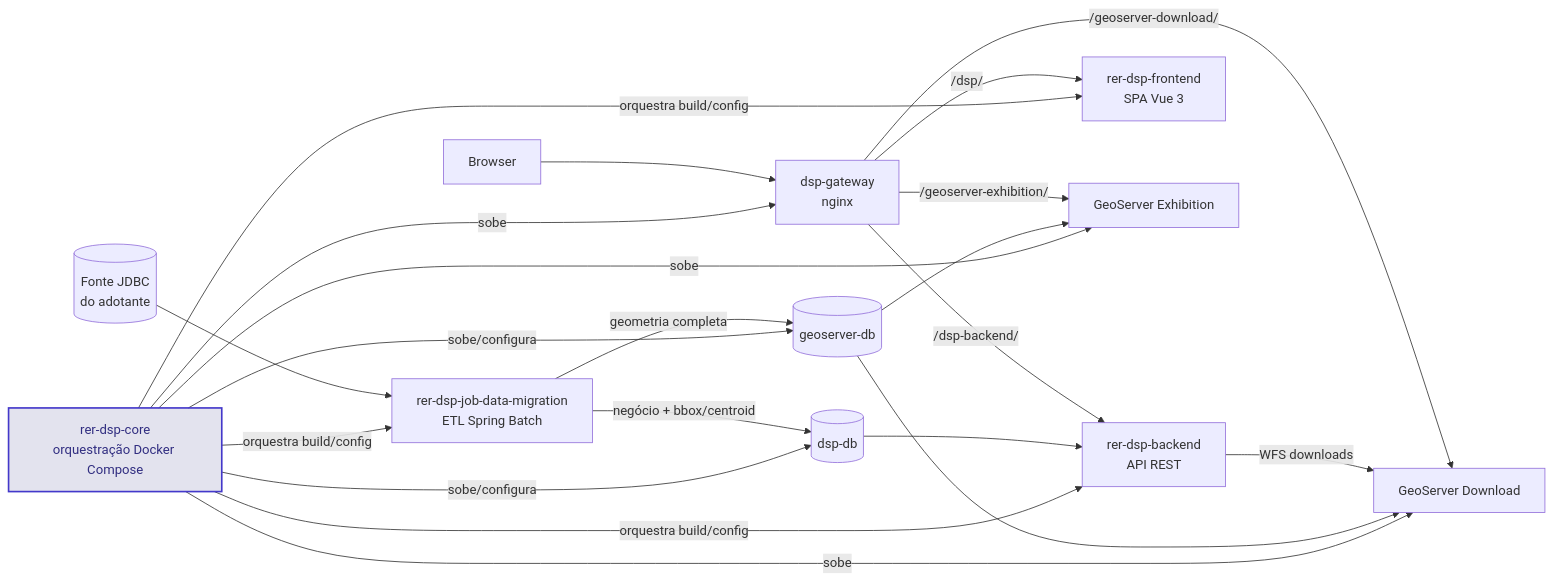
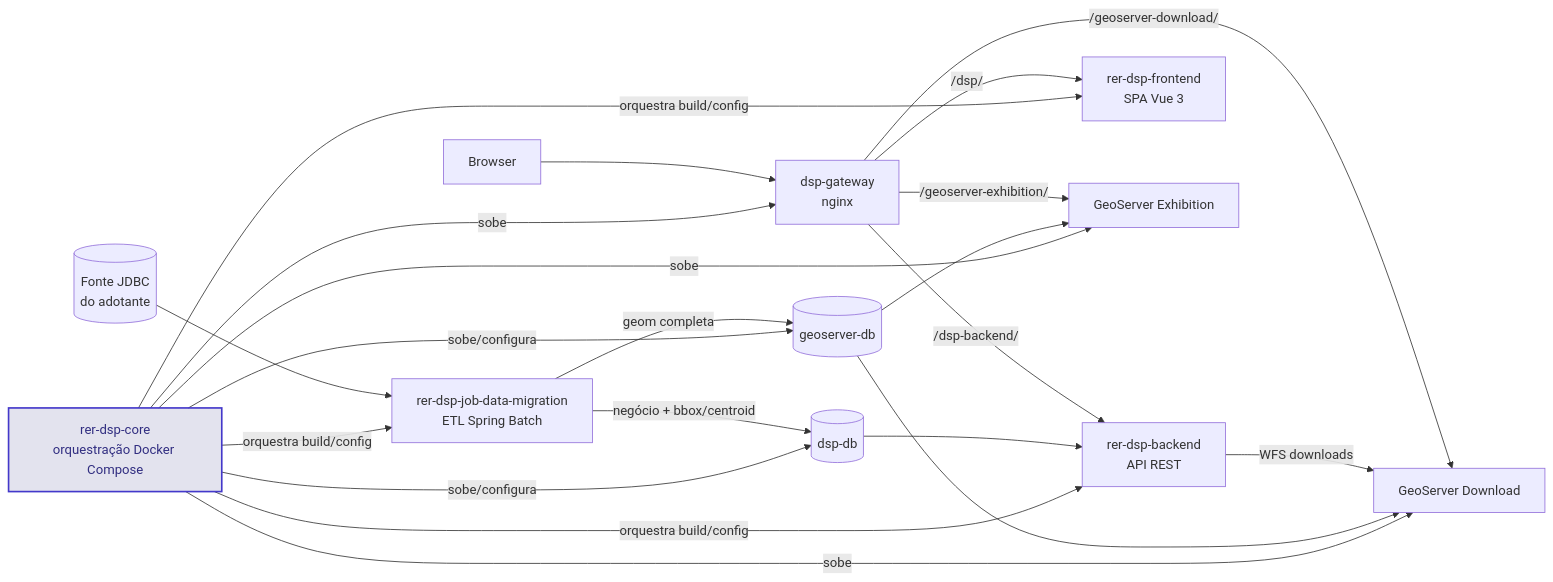
Before and after one commit to kleber-albino/rer-dsp-docs: the first of 4 diagrams in docs/architecture/overview.md, drawn with Mermaid. The commit also changed other lines of this file and 14 other files, not shown here.

````diff
--- a/docs/architecture/overview.md
+++ b/docs/architecture/overview.md
@@ -33,40 +33,40 @@
 ```mermaid
 flowchart LR
   core["rer-dsp-core<br/>orquestração Docker Compose"]
   job["rer-dsp-job-data-migration<br/>ETL Spring Batch"]
   be["rer-dsp-backend<br/>API REST"]
   fe["rer-dsp-frontend<br/>SPA Vue 3"]
   src[(Fonte JDBC<br/>do adotante)]
   dspdb[(dsp-db)]
   exdb[(geoserver-db)]
   gsEx[GeoServer Exhibition]
   gsDl[GeoServer Download]
   gw["dsp-gateway<br/>nginx"]
   browser[Browser]
 
   core -->|"sobe/configura"| dspdb
   core -->|"sobe/configura"| exdb
   core -->|"sobe"| gsEx
   core -->|"sobe"| gsDl
   core -->|"sobe"| gw
   core -->|"orquestra build/config"| job
   core -->|"orquestra build/config"| be
   core -->|"orquestra build/config"| fe
 
   src --> job
   job -->|"negócio + bbox/centroid"| dspdb
-  job -->|"geometria completa"| exdb
+  job -->|"geom completa"| exdb
   exdb --> gsEx
   exdb --> gsDl
   dspdb --> be
   be -->|WFS downloads| gsDl
 
   browser --> gw
   gw -->|/dsp/| fe
   gw -->|/dsp-backend/| be
   gw -->|/geoserver-exhibition/| gsEx
   gw -->|/geoserver-download/| gsDl
 
   classDef coreCls fill:#312e8122,color:#312e81,stroke:#4338ca,stroke-width:2px
   class core coreCls
 ```
````
